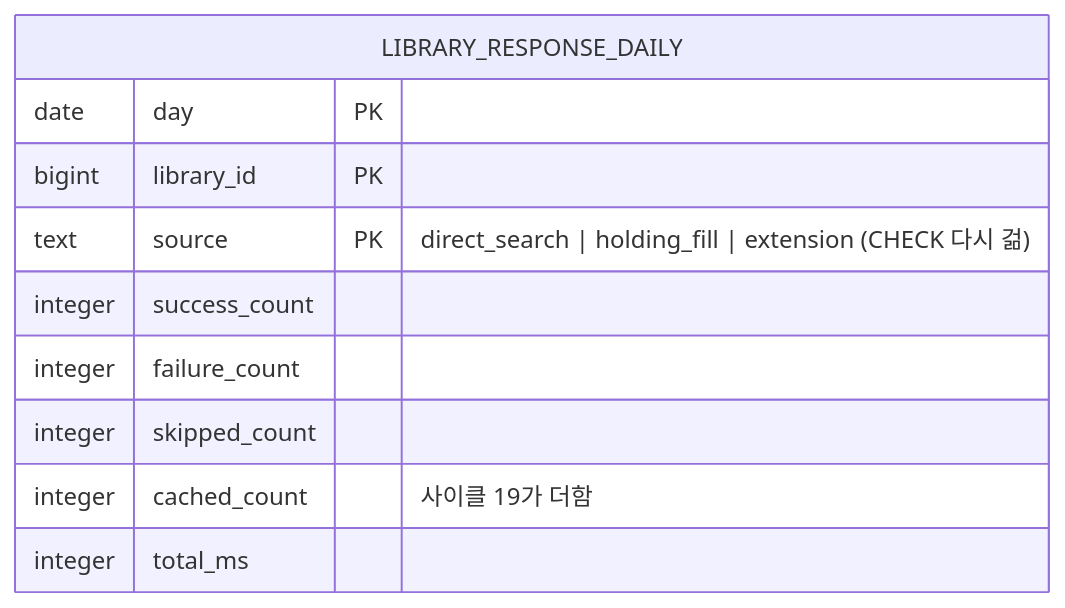
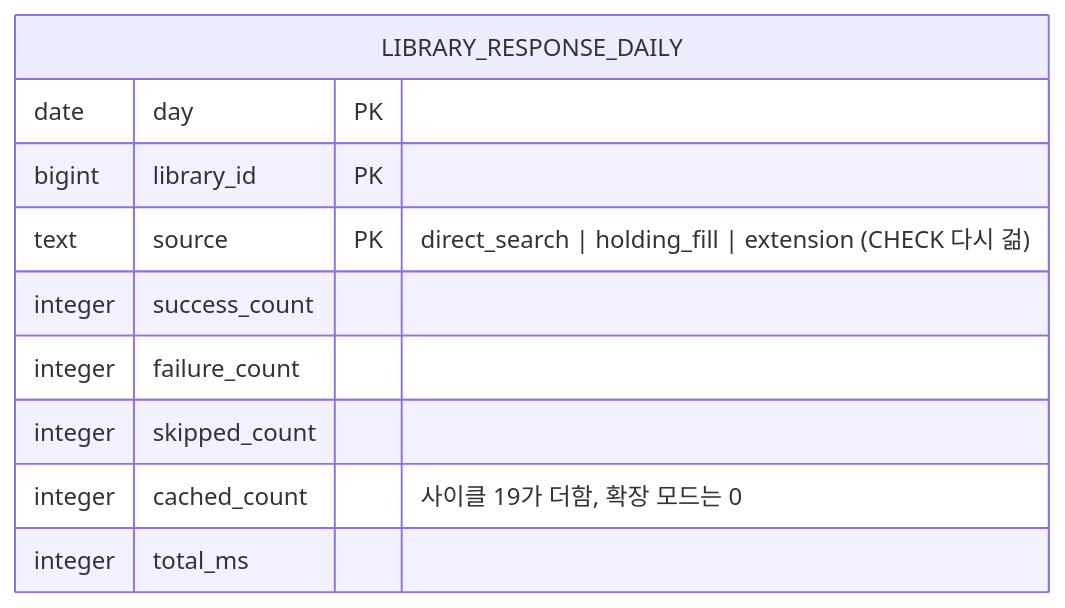
Before and after one commit to hodu-sketch/chaekcheck-plan: the sixth of 6 diagrams in docs/cycles/20-lookup-status-and-extension/design-delta.md, drawn with Mermaid. The commit also changed other lines of this file and 8 other files, not shown here.

Commit message:
cycle 20: three-angle review (user, server resources, security/stability) - fixes applied to design-delta/spec/flow/scope/ADR-0119, 19 decisions on review page; old design-delta page closed

````diff
--- a/docs/cycles/20-lookup-status-and-extension/design-delta.md
+++ b/docs/cycles/20-lookup-status-and-extension/design-delta.md
@@ -168,13 +187,13 @@
 ```mermaid
 erDiagram
   LIBRARY_RESPONSE_DAILY {
     date day PK
     bigint library_id PK
     text source PK "direct_search | holding_fill | extension (CHECK 다시 걺)"
     integer success_count
     integer failure_count
     integer skipped_count
-    integer cached_count "사이클 19가 더함"
+    integer cached_count "사이클 19가 더함, 확장 모드는 0"
     integer total_ms
   }
 ```
````
